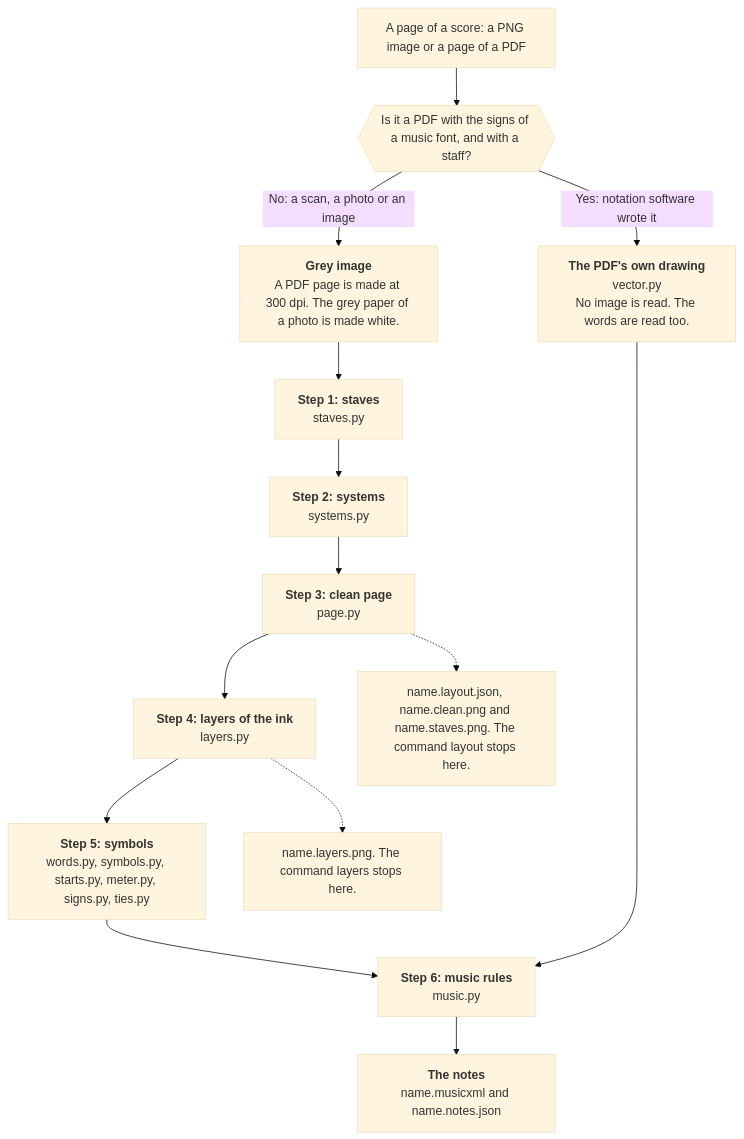
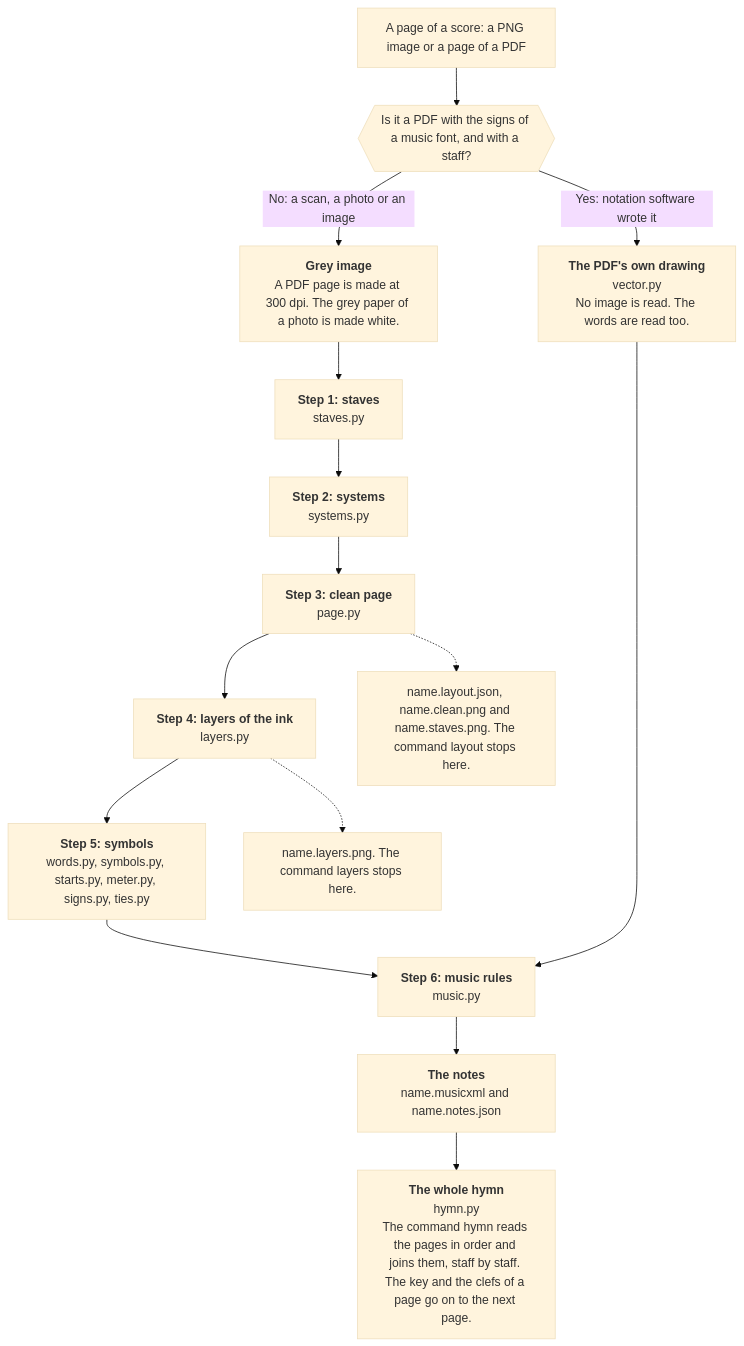
One commit to sweet-cicero/ScoreReader changed the first of 10 diagrams in README.md. Above: the diagram before and after it, drawn with Mermaid (base theme). The commit also changed other lines of this file and 1 other file, not shown here.

First line of the commit message:
README and CLAUDE.md: 80.9 % of the drawn notes, the hymn command, and the diagrams in step

````diff
--- a/README.md
+++ b/README.md
@@ -49,17 +51,18 @@
 ```mermaid
 flowchart TD
     source["A page of a score: a PNG image or a page of a PDF"]
     source --> kind{{"Is it a PDF with the signs of a music font, and with a staff?"}}
     kind -- "Yes: notation software wrote it" --> drawing["<b>The PDF's own drawing</b><br/>vector.py<br/>No image is read. The words are read too."]
     kind -- "No: a scan, a photo or an image" --> grey["<b>Grey image</b><br/>A PDF page is made at 300 dpi. The grey paper of a photo is made white."]
     grey --> staves["<b>Step 1: staves</b><br/>staves.py"]
     staves --> systems["<b>Step 2: systems</b><br/>systems.py"]
     systems --> clean["<b>Step 3: clean page</b><br/>page.py"]
     clean --> layers["<b>Step 4: layers of the ink</b><br/>layers.py"]
     layers --> symbols["<b>Step 5: symbols</b><br/>words.py, symbols.py, starts.py, meter.py, signs.py, ties.py"]
     symbols --> music["<b>Step 6: music rules</b><br/>music.py"]
     drawing -------> music
     music --> notes["<b>The notes</b><br/>name.musicxml and name.notes.json"]
+    notes --> hymn["<b>The whole hymn</b><br/>hymn.py<br/>The command hymn reads the pages in order and joins them, staff by staff. The key and the clefs of a page go on to the next page."]
     clean -.-> layout["name.layout.json, name.clean.png and name.staves.png. The command layout stops here."]
     layers -.-> picture["name.layers.png. The command layers stops here."]
 ```
````
